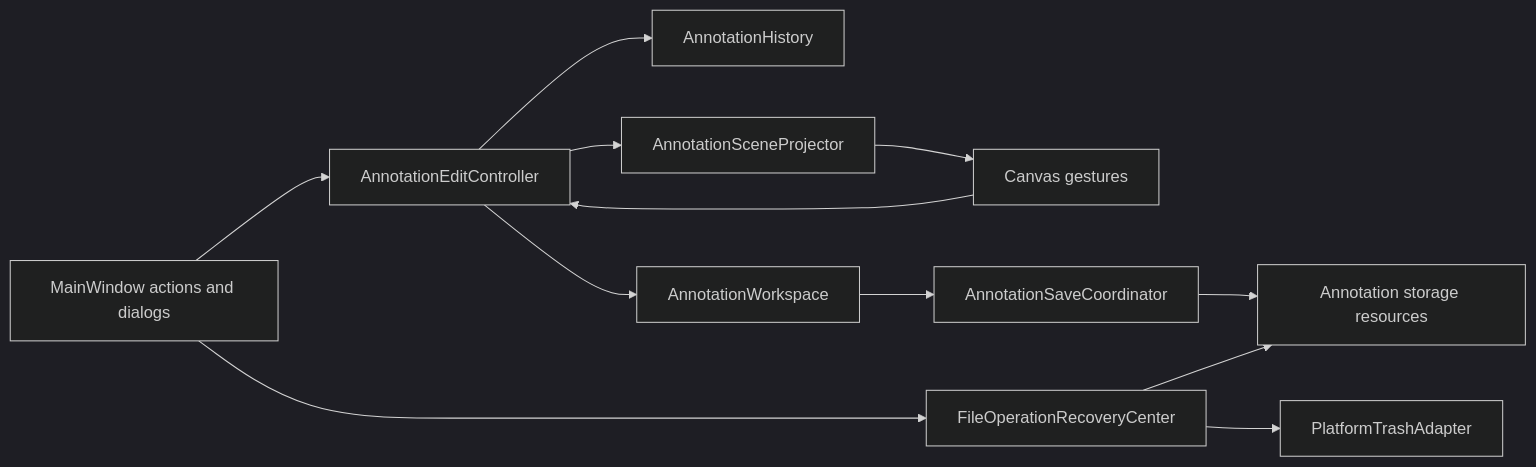
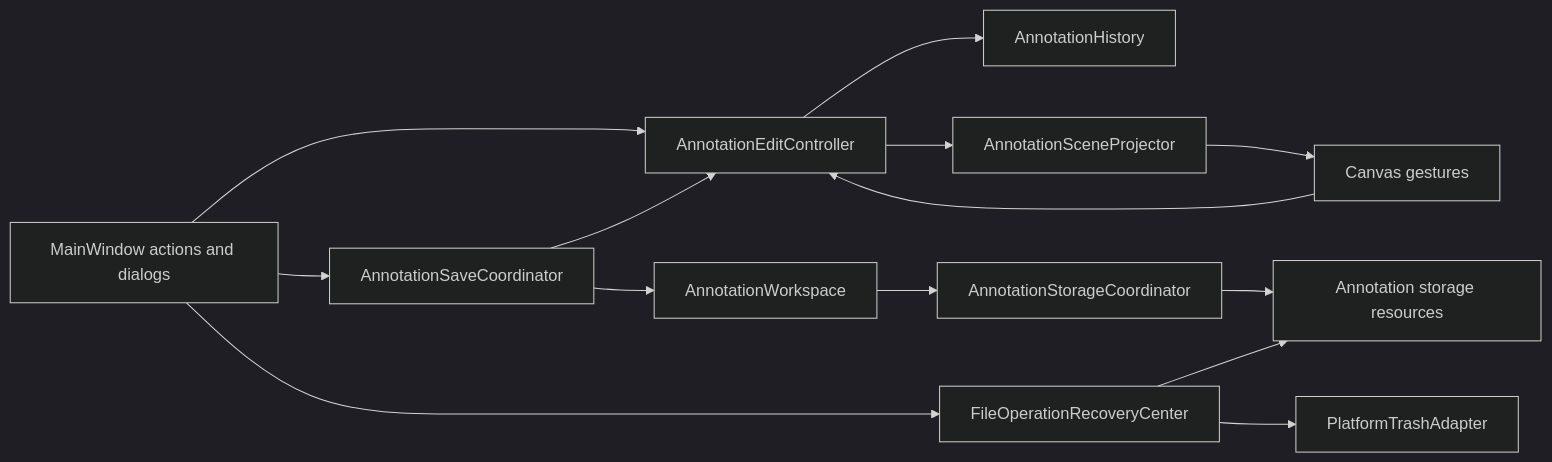
Before and after one commit to zaney955/labelimg-enhanced: the diagram in docs/design/undo-redo-and-file-recovery.md, drawn with Mermaid (dark theme). The commit also changed other lines of this file and 12 other files, not shown here.

Commit message:
Refactor annotation workspace and selection handling

````diff
--- a/docs/design/undo-redo-and-file-recovery.md
+++ b/docs/design/undo-redo-and-file-recovery.md
@@ -44,25 +44,28 @@
 ```mermaid
 flowchart LR
     UI["MainWindow actions and dialogs"]
     Canvas["Canvas gestures"]
     Controller["AnnotationEditController"]
     History["AnnotationHistory"]
     Projector["AnnotationSceneProjector"]
     Workspace["AnnotationWorkspace"]
-    Storage["AnnotationSaveCoordinator"]
+    Save["AnnotationSaveCoordinator"]
+    Storage["AnnotationStorageCoordinator"]
     Recovery["FileOperationRecoveryCenter"]
     Files["Annotation storage resources"]
     Trash["PlatformTrashAdapter"]
 
     UI --> Controller
     Canvas --> Controller
     Controller --> History
     Controller --> Projector
     Projector --> Canvas
-    Controller --> Workspace
+    UI --> Save
+    Save --> Controller
+    Save --> Workspace
     Workspace --> Storage
     Storage --> Files
     UI --> Recovery
     Recovery --> Trash
     Recovery --> Files
 ```
````
